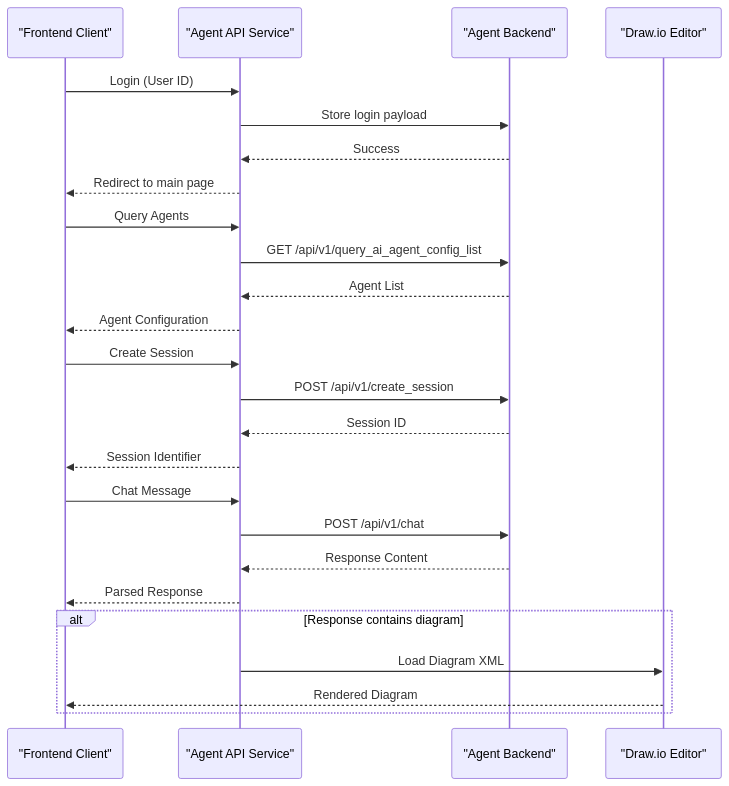
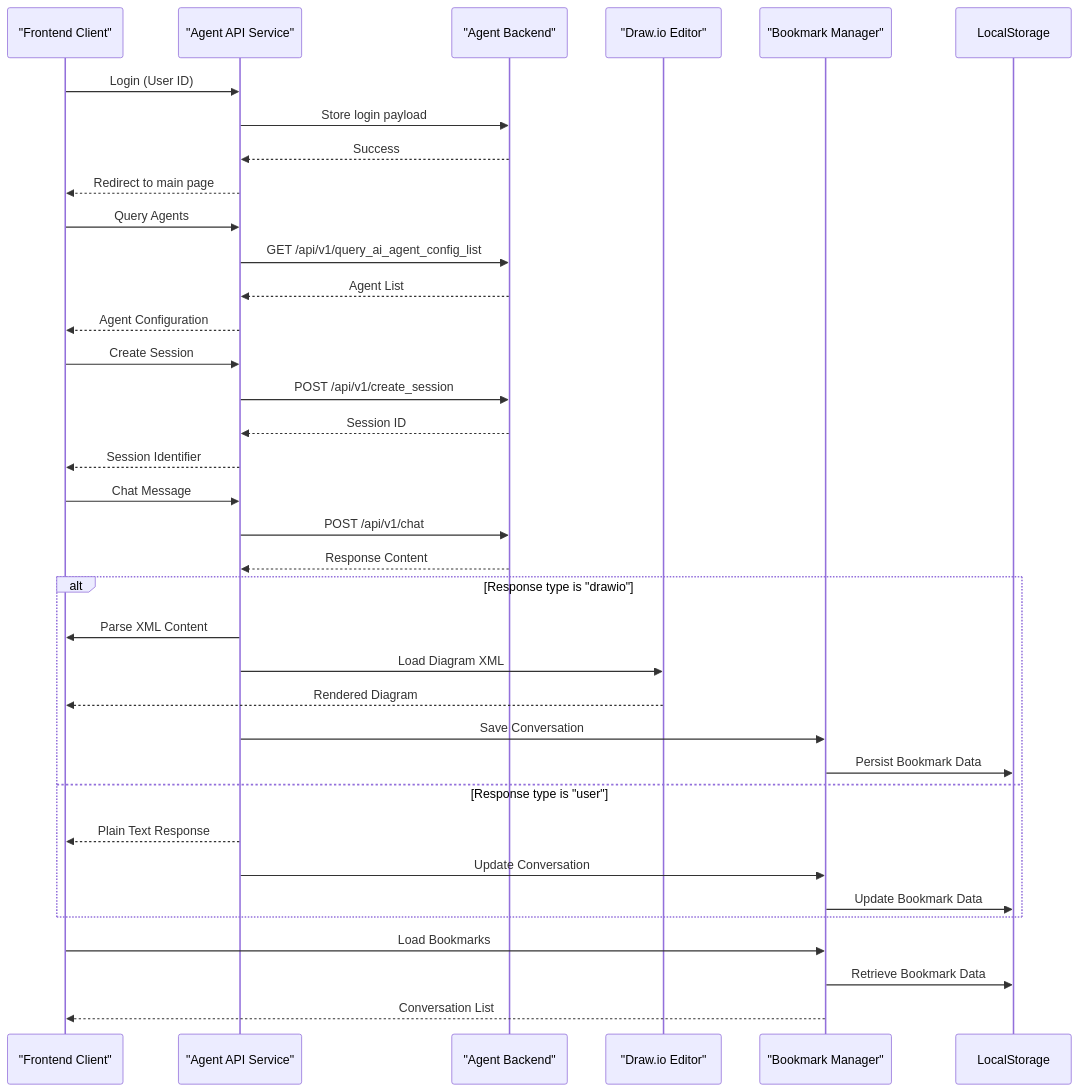
Before and after one commit to shrekboss/agent-draw-io-front: the second of 3 diagrams in .qoder/repowiki/en/content/API Reference.md, drawn with Mermaid. The commit also changed other lines of this file and 13 other files, not shown here.

Commit message:
feat(agent-draw-io-front): 优化交互式画图

````diff
--- a/.qoder/repowiki/en/content/API Reference.md
+++ b/.qoder/repowiki/en/content/API Reference.md
@@ -106,27 +141,37 @@
 ```mermaid
 sequenceDiagram
 participant Client as "Frontend Client"
 participant API as "Agent API Service"
 participant Backend as "Agent Backend"
 participant DrawIO as "Draw.io Editor"
+participant Bookmark as "Bookmark Manager"
 Client->>API : Login (User ID)
 API->>Backend : Store login payload
 Backend-->>API : Success
 API-->>Client : Redirect to main page
 Client->>API : Query Agents
 API->>Backend : GET /api/v1/query_ai_agent_config_list
 Backend-->>API : Agent List
 API-->>Client : Agent Configuration
 Client->>API : Create Session
 API->>Backend : POST /api/v1/create_session
 Backend-->>API : Session ID
 API-->>Client : Session Identifier
 Client->>API : Chat Message
 API->>Backend : POST /api/v1/chat
 Backend-->>API : Response Content
-API-->>Client : Parsed Response
-alt Response contains diagram
+alt Response type is "drawio"
+API->>Client : Parse XML Content
 API->>DrawIO : Load Diagram XML
 DrawIO-->>Client : Rendered Diagram
+API->>Bookmark : Save Conversation
+Bookmark->>LocalStorage : Persist Bookmark Data
+else Response type is "user"
+API-->>Client : Plain Text Response
+API->>Bookmark : Update Conversation
+Bookmark->>LocalStorage : Update Bookmark Data
 end
+Client->>Bookmark : Load Bookmarks
+Bookmark->>LocalStorage : Retrieve Bookmark Data
+Bookmark-->>Client : Conversation List
 ```
````
